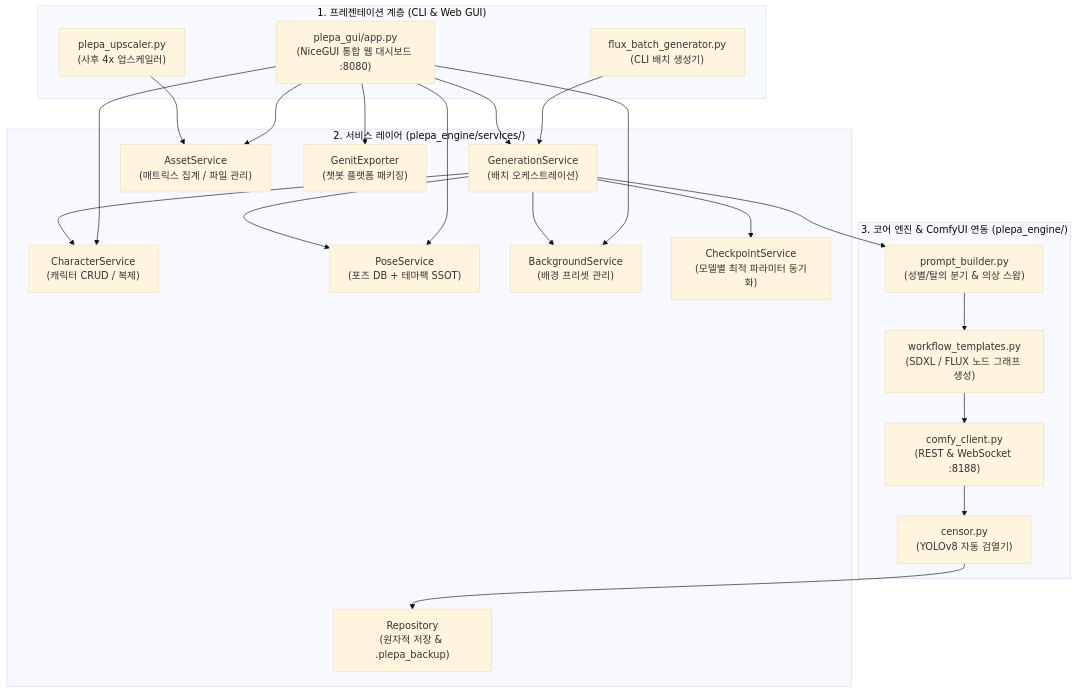
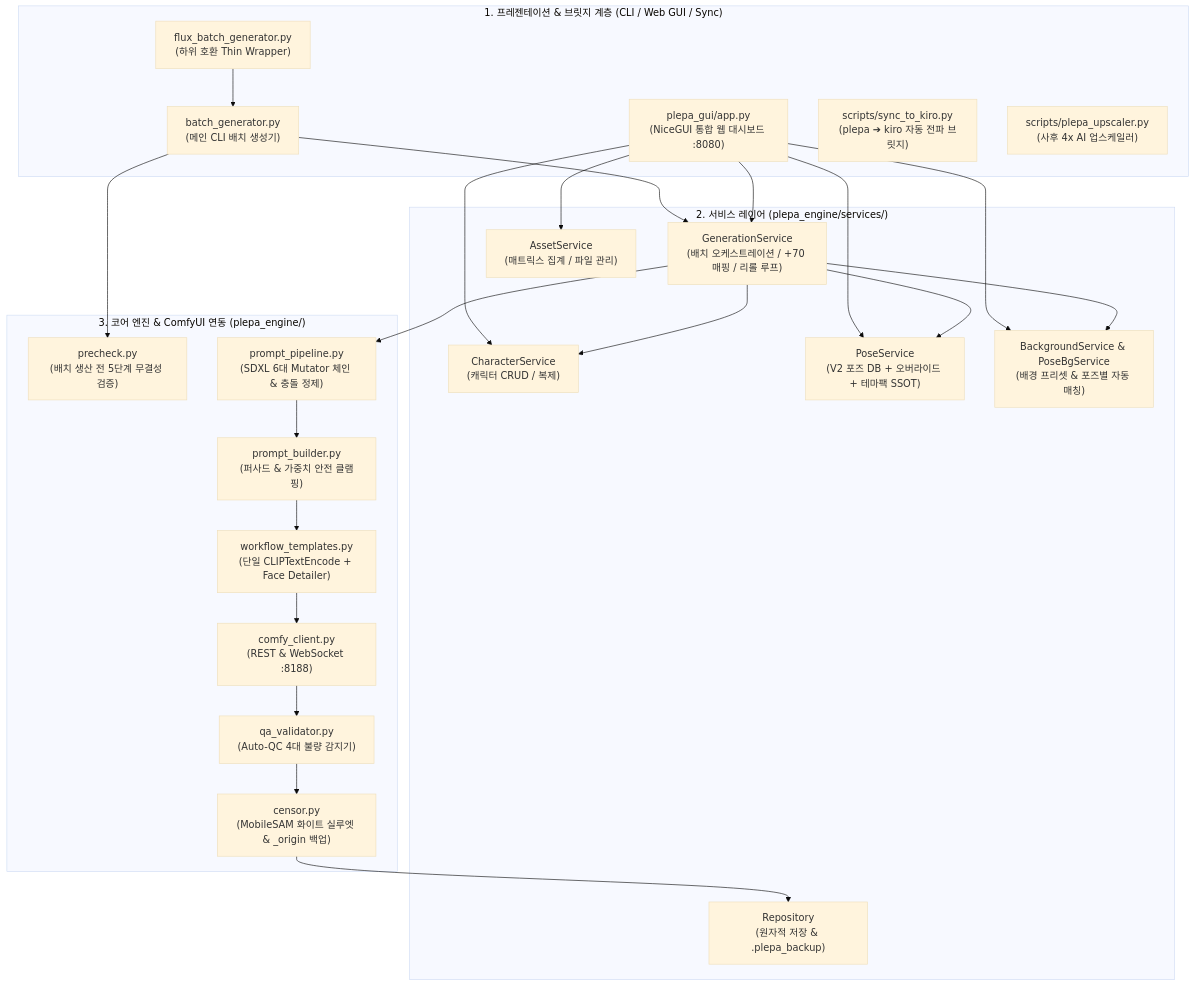
The diagram in docs/플에파_기능명세.md (LeeKyunHo/plepa), drawn with Mermaid (base theme) before and after one commit. The commit also changed other lines of this file and 21 other files, not shown here.

````diff
--- a/docs/플에파_기능명세.md
+++ b/docs/플에파_기능명세.md
@@ -40,35 +17,36 @@
 ```mermaid
 flowchart TD
-    subgraph UI["1. 프레젠테이션 계층 (CLI & Web GUI)"]
-        CLI["flux_batch_generator.py\n(CLI 배치 생성기)"]
-        UpscaleCLI["plepa_upscaler.py\n(사후 4x 업스케일러)"]
+    subgraph UI["1. 프레젠테이션 & 브릿지 계층 (CLI / Web GUI / Sync)"]
+        CLI["batch_generator.py\n(메인 CLI 배치 생성기)"]
+        ThinCLI["flux_batch_generator.py\n(하위 호환 Thin Wrapper)"]
         WebGUI["plepa_gui/app.py\n(NiceGUI 통합 웹 대시보드 :8080)"]
+        KiroSync["scripts/sync_to_kiro.py\n(plepa ➔ kiro 자동 전파 브릿지)"]
+        UpscaleCLI["scripts/plepa_upscaler.py\n(사후 4x AI 업스케일러)"]
     end
 
     subgraph SVC["2. 서비스 레이어 (plepa_engine/services/)"]
-        GenSvc["GenerationService\n(배치 오케스트레이션)"]
+        GenSvc["GenerationService\n(배치 오케스트레이션 / +70 매핑 / 리롤 루프)"]
         CharSvc["CharacterService\n(캐릭터 CRUD / 복제)"]
-        PoseSvc["PoseService\n(포즈 DB + 테마팩 SSOT)"]
-        BgSvc["BackgroundService\n(배경 프리셋 관리)"]
+        PoseSvc["PoseService\n(V2 포즈 DB + 오버라이드 + 테마팩 SSOT)"]
+        BgSvc["BackgroundService & PoseBgService\n(배경 프리셋 & 포즈별 자동 매칭)"]
         AssetSvc["AssetService\n(매트릭스 집계 / 파일 관리)"]
-        CkptSvc["CheckpointService\n(모델별 최적 파라미터 동기화)"]
-        GenitExp["GenitExporter\n(챗봇 플랫폼 패키징)"]
         Repo["Repository\n(원자적 저장 & .plepa_backup)"]
     end
 
     subgraph CORE["3. 코어 엔진 & ComfyUI 연동 (plepa_engine/)"]
-        PromptBuilder["prompt_builder.py\n(성별/탈의 분기 & 의상 스왑)"]
-        WfTemplates["workflow_templates.py\n(SDXL / FLUX 노드 그래프 생성)"]
+        Precheck["precheck.py\n(배치 생산 전 5단계 무결성 검증)"]
+        Pipeline["prompt_pipeline.py\n(SDXL 6대 Mutator 체인 & 충돌 정제)"]
+        PromptBuilder["prompt_builder.py\n(퍼사드 & 가중치 안전 클램핑)"]
+        WfTemplates["workflow_templates.py\n(단일 CLIPTextEncode + Face Detailer)"]
         ComfyClient["comfy_client.py\n(REST & WebSocket :8188)"]
-        Censor["censor.py\n(YOLOv8 자동 검열기)"]
+        QAValidator["qa_validator.py\n(Auto-QC 4대 불량 감지기)"]
+        Censor["censor.py\n(MobileSAM 화이트 실루엣 & _origin 백업)"]
     end
 
-    CLI --> GenSvc
-    WebGUI --> GenSvc
-    WebGUI --> CharSvc & PoseSvc & BgSvc & AssetSvc & GenitExp
-    UpscaleCLI --> AssetSvc
-
-    GenSvc --> CharSvc & PoseSvc & BgSvc & CkptSvc
-    GenSvc --> PromptBuilder --> WfTemplates --> ComfyClient
-    ComfyClient --> Censor --> Repo
+    ThinCLI --> CLI
+    CLI --> GenSvc & Precheck
+    WebGUI --> GenSvc & CharSvc & PoseSvc & BgSvc & AssetSvc
+    GenSvc --> CharSvc & PoseSvc & BgSvc
+    GenSvc --> Pipeline --> PromptBuilder --> WfTemplates --> ComfyClient
+    ComfyClient --> QAValidator --> Censor --> Repo
 ```
````
